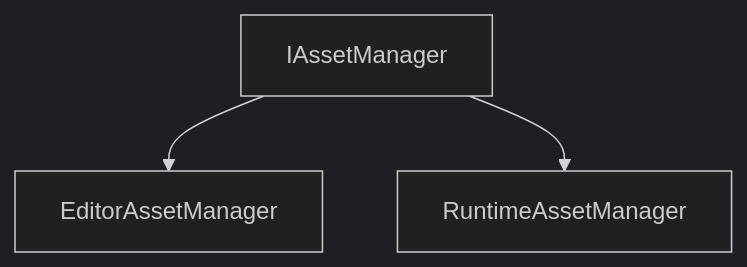
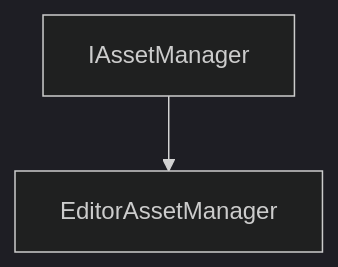
Before and after one commit to maelbecel/R-Type: the diagram in doc/Writerside/topics/Manager.md, drawn with Mermaid (dark theme). The commit also changed other lines of this file and 23 other files, not shown here.

````diff
--- a/doc/Writerside/topics/Manager.md
+++ b/doc/Writerside/topics/Manager.md
@@ -104,5 +104,4 @@
 ```mermaid
     graph TD;
     IAssetManager --> EditorAssetManager
-    IAssetManager --> RuntimeAssetManager
 ```
````
